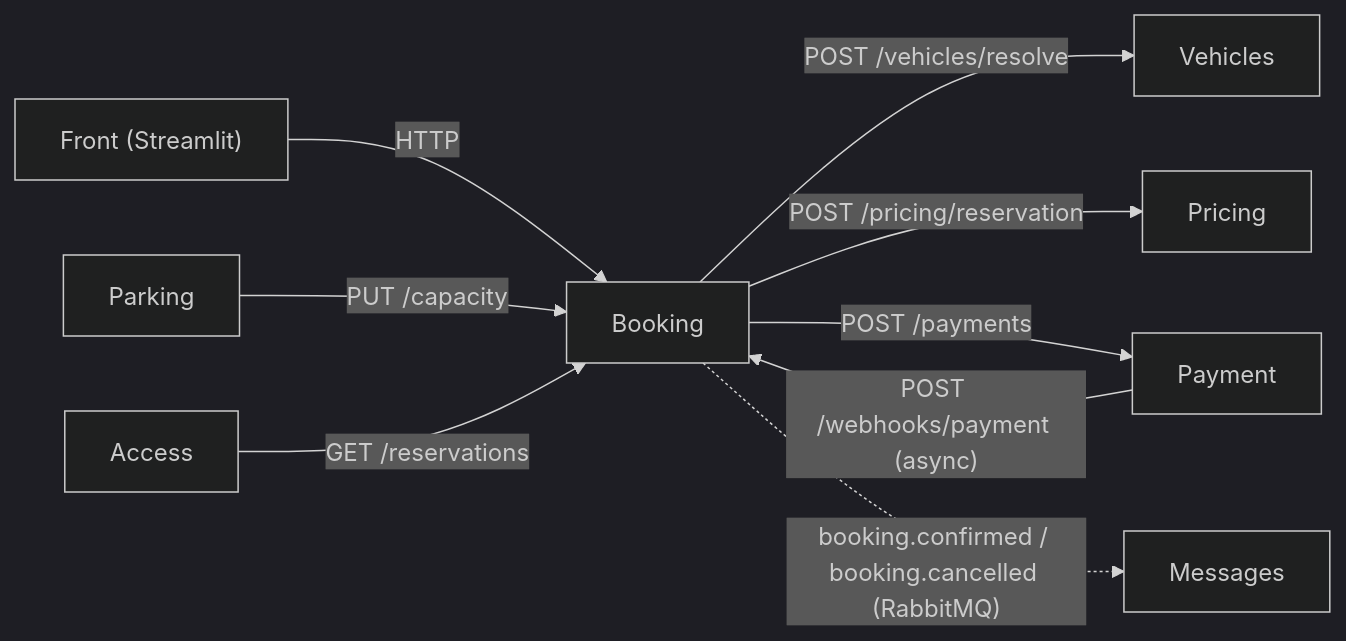
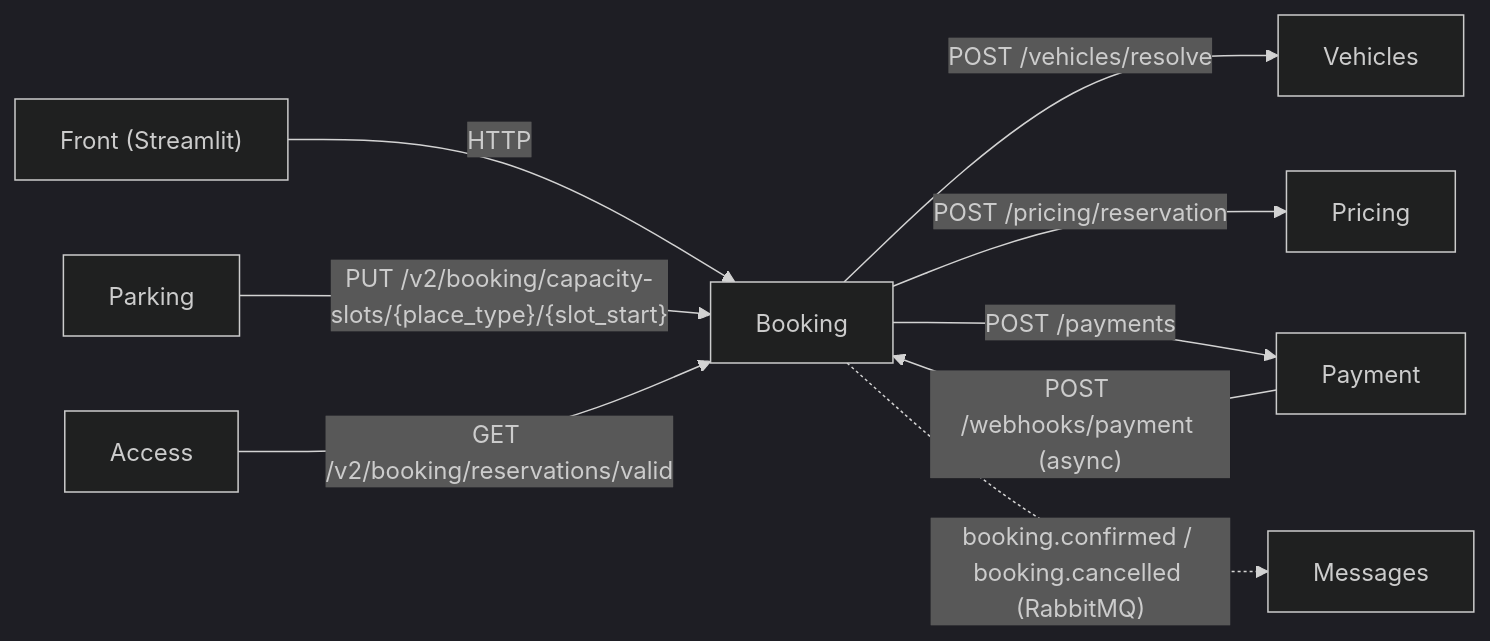
The first of 5 diagrams in docs/booking_architecture.md (Yanom-school-projects/M1-Projet-Architecture-Booking), drawn with Mermaid (dark theme) before and after one commit. The commit also changed other lines of this file and 9 other files, not shown here.

````diff
--- a/docs/booking_architecture.md
+++ b/docs/booking_architecture.md
@@ -24,11 +24,11 @@
 ```mermaid
 flowchart LR
     Front["Front (Streamlit)"] -->|HTTP| Booking
-    Parking -->|"PUT /capacity"| Booking
-    Access -->|"GET /reservations"| Booking
+    Parking -->|"PUT /v2/booking/capacity-slots/{place_type}/{slot_start}"| Booking
+    Access -->|"GET /v2/booking/reservations/valid"| Booking
     Booking -->|"POST /vehicles/resolve"| Vehicles
     Booking -->|"POST /pricing/reservation"| Pricing
     Booking -->|"POST /payments"| Payment
     Payment -->|"POST /webhooks/payment (async)"| Booking
     Booking -.->|"booking.confirmed / booking.cancelled (RabbitMQ)"| Messages
 ```
````
